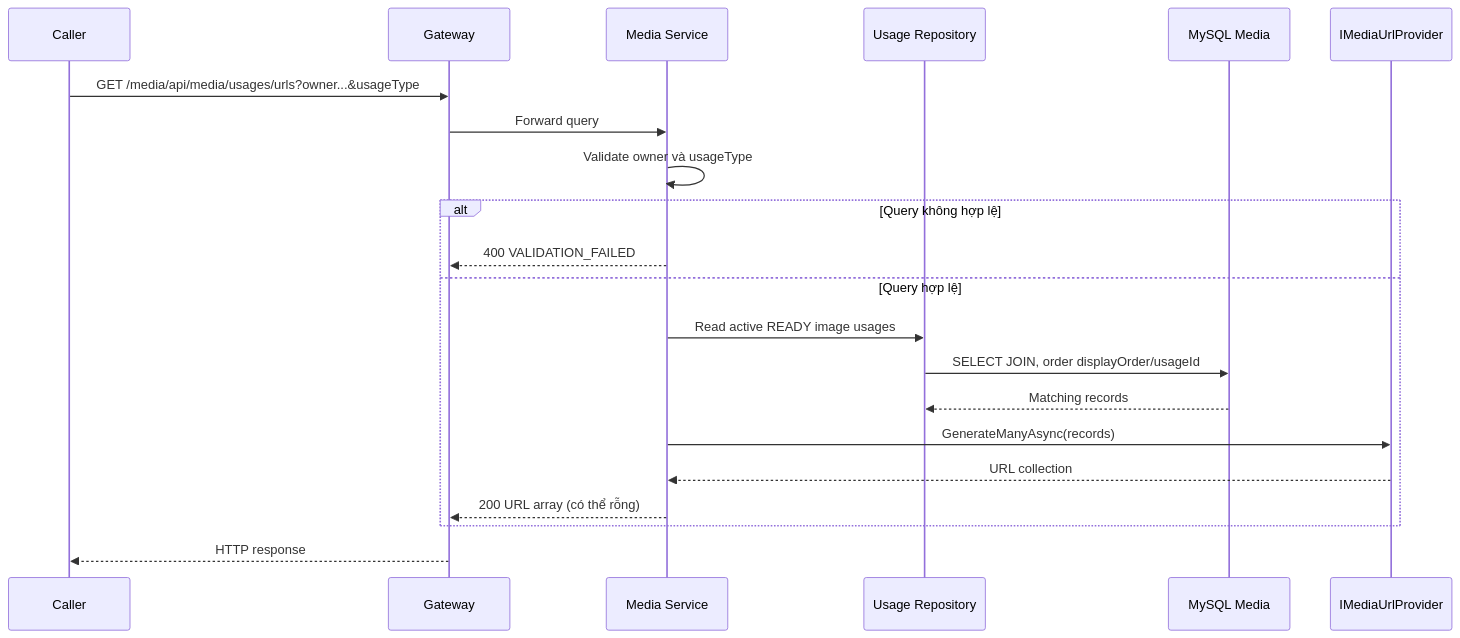
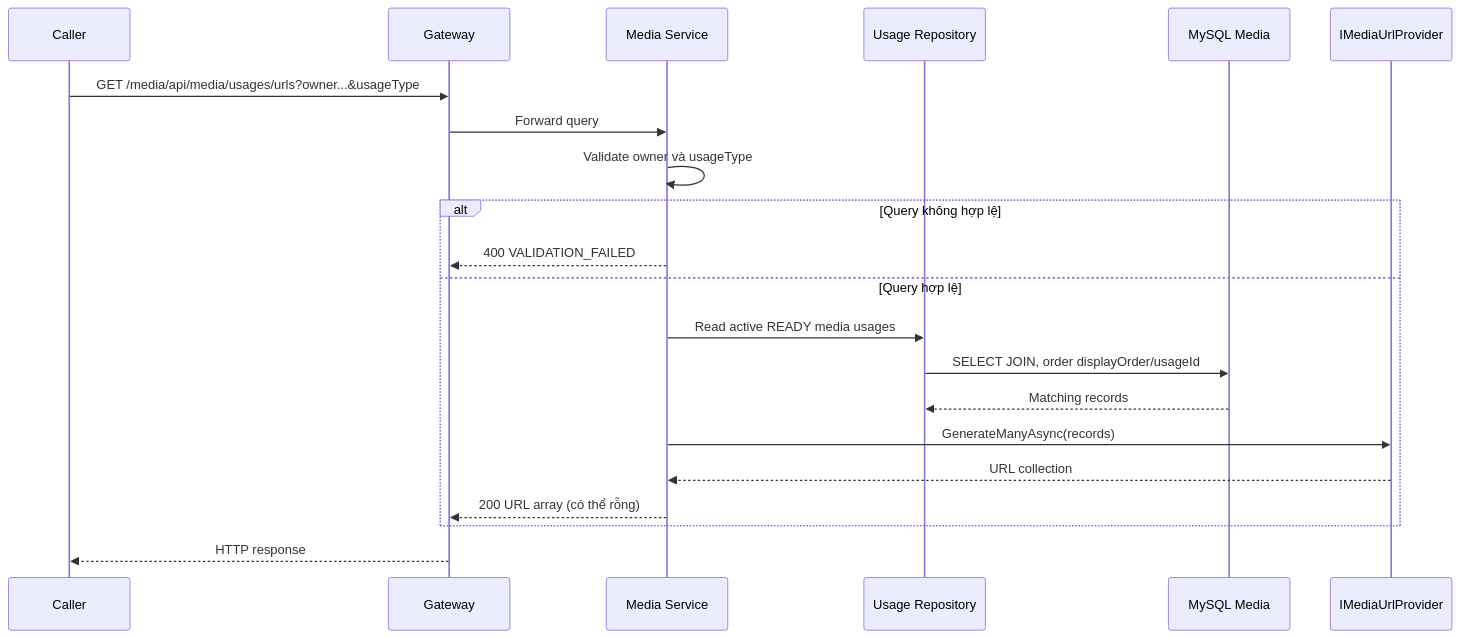
Before and after one commit to Minhduc7904/MiniProjectTrainingKaopiz: the diagram in ducnm3/docs/business-flows/media/get-media-usage-urls.md, drawn with Mermaid. The commit also changed other lines of this file and 62 other files, not shown here.

````diff
--- a/ducnm3/docs/business-flows/media/get-media-usage-urls.md
+++ b/ducnm3/docs/business-flows/media/get-media-usage-urls.md
@@ -11,24 +11,24 @@
 ```mermaid
 sequenceDiagram
     participant Caller
     participant Gateway
     participant API as Media Service
     participant Repo as Usage Repository
     participant DB as MySQL Media
     participant Provider as IMediaUrlProvider
 
     Caller->>Gateway: GET /media/api/media/usages/urls?owner...&usageType
     Gateway->>API: Forward query
     API->>API: Validate owner và usageType
     alt Query không hợp lệ
         API-->>Gateway: 400 VALIDATION_FAILED
     else Query hợp lệ
-        API->>Repo: Read active READY image usages
+        API->>Repo: Read active READY media usages
         Repo->>DB: SELECT JOIN, order displayOrder/usageId
         DB-->>Repo: Matching records
         API->>Provider: GenerateManyAsync(records)
         Provider-->>API: URL collection
         API-->>Gateway: 200 URL array (có thể rỗng)
     end
     Gateway-->>Caller: HTTP response
 ```
````
